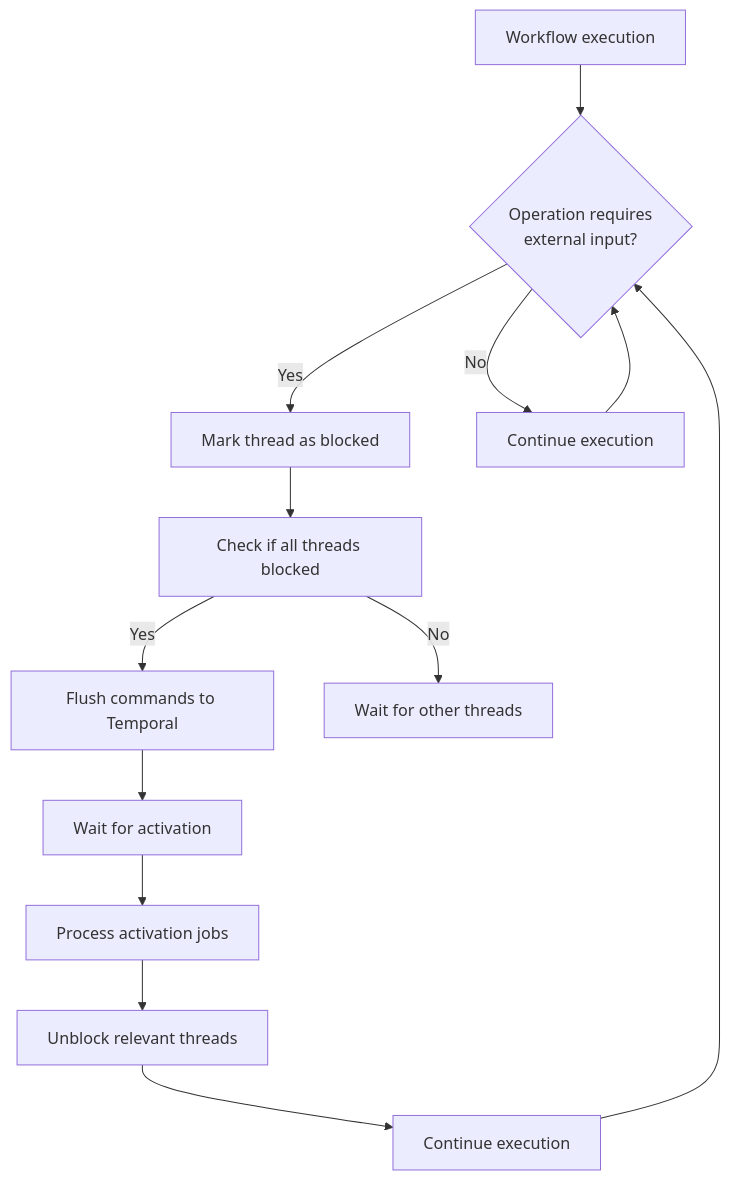
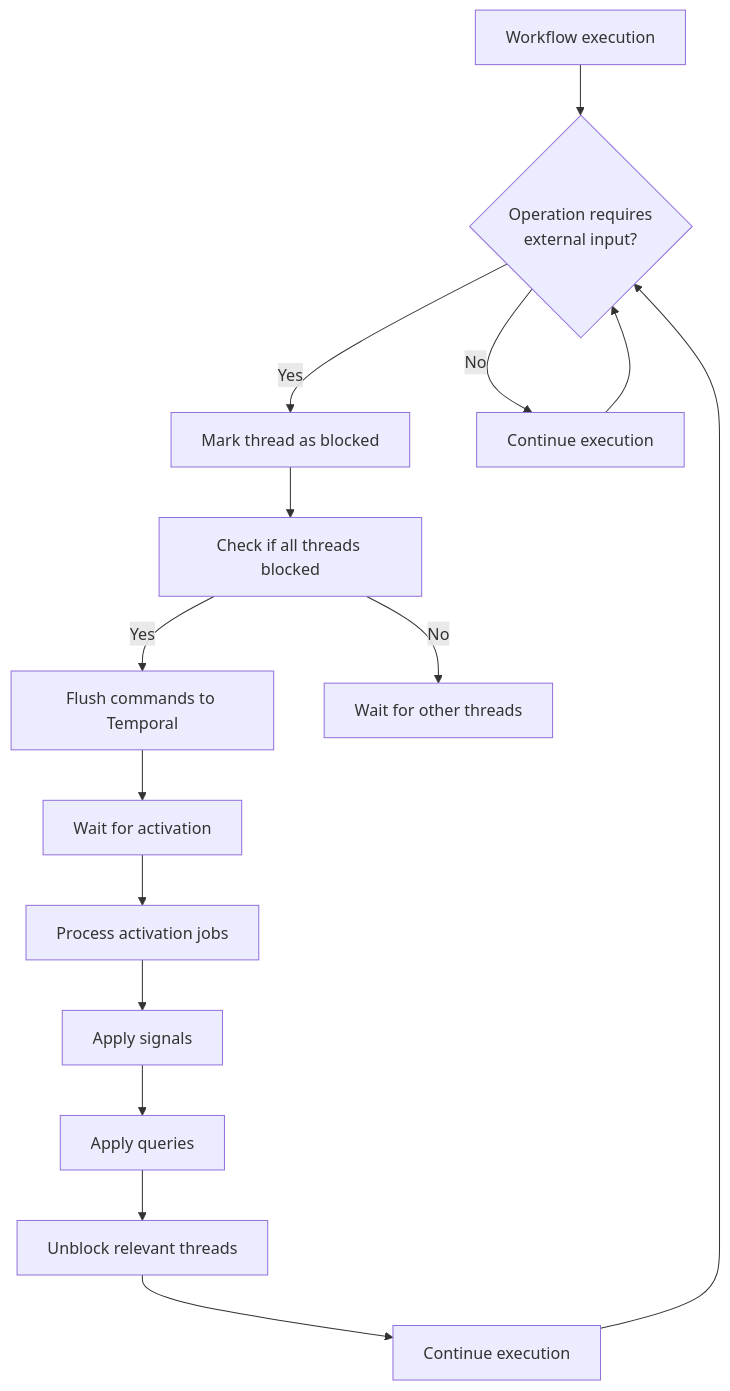
Before and after one commit to MercuryTechnologies/hs-temporal-sdk: the second of 6 diagrams in docs/workflow-stm.md, drawn with Mermaid. The commit also changed other lines of this file and 12 other files, not shown here.

````diff
--- a/docs/workflow-stm.md
+++ b/docs/workflow-stm.md
@@ -123,18 +122,20 @@
 ```mermaid
 flowchart TD
     A[Workflow execution] --> B{Operation requires<br>external input?}
     B -->|Yes| C[Mark thread as blocked]
     B -->|No| D[Continue execution]
 
     C --> E[Check if all threads blocked]
     E -->|Yes| F[Flush commands to Temporal]
     E -->|No| G[Wait for other threads]
 
     F --> H[Wait for activation]
     H --> I[Process activation jobs]
-    I --> J[Unblock relevant threads]
+    I --> J1[Apply signals]
+    J1 --> J2[Apply queries]
+    J2 --> J[Unblock relevant threads]
     J --> K[Continue execution]
 
     D --> B
     K --> B
 ```
````
